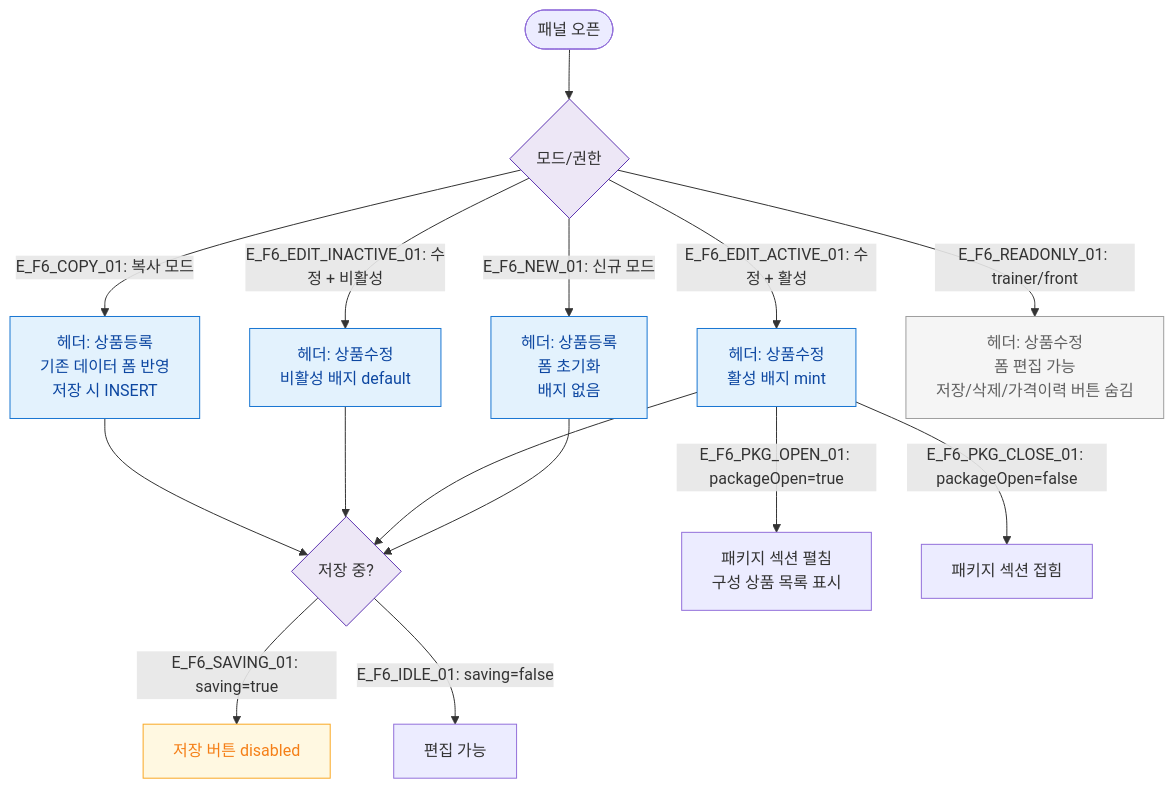
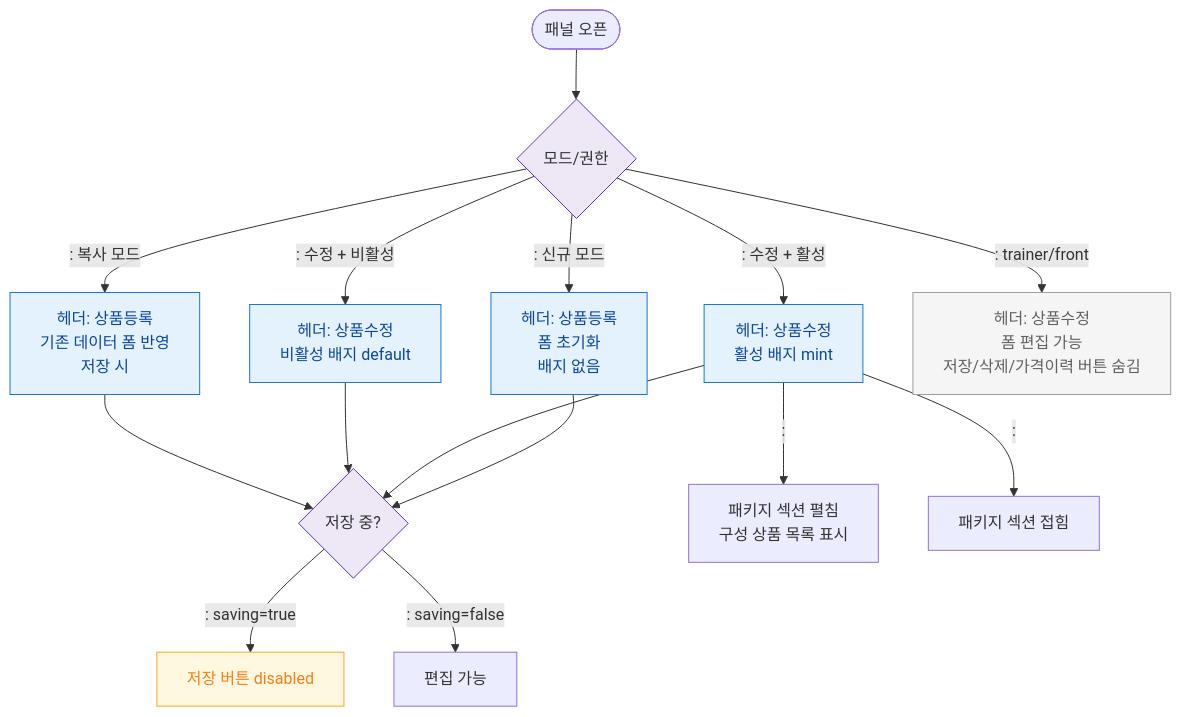
The diagram in docs/다이어그램/D05_상품관리/SCR-P003_상품상세패널/F6_상태별화면.md (dev-spogym/admin-pando), drawn with Mermaid before and after one commit. The commit also changed other lines of this file and 1660 other files, not shown here.

First line of the commit message:
다이어그램: 기획자/클라이언트 납품본으로 정리

````diff
--- a/docs/다이어그램/D05_상품관리/SCR-P003_상품상세패널/F6_상태별화면.md
+++ b/docs/다이어그램/D05_상품관리/SCR-P003_상품상세패널/F6_상태별화면.md
@@ -16,26 +14,26 @@
 ```mermaid
 flowchart TD
     OPEN([패널 오픈]) --> ModeState{모드/권한}
 
-    ModeState -->|"E_F6_NEW_01: 신규 모드"| StateNew[헤더: 상품등록\n폼 초기화\n배지 없음]
-    ModeState -->|"E_F6_EDIT_ACTIVE_01: 수정 + 활성"| StateEditActive[헤더: 상품수정\n활성 배지 mint]
-    ModeState -->|"E_F6_EDIT_INACTIVE_01: 수정 + 비활성"| StateEditInactive[헤더: 상품수정\n비활성 배지 default]
-    ModeState -->|"E_F6_COPY_01: 복사 모드"| StateCopy[헤더: 상품등록\n기존 데이터 폼 반영\n저장 시 INSERT]
-    ModeState -->|"E_F6_READONLY_01: trainer/front"| StateRead[헤더: 상품수정\n폼 편집 가능\n저장/삭제/가격이력 버튼 숨김]
+    ModeState -->|": 신규 모드"|StateNew[헤더: 상품등록\n폼 초기화\n배지 없음]
+    ModeState -->|": 수정 + 활성"|StateEditActive[헤더: 상품수정\n활성 배지 mint]
+    ModeState -->|": 수정 + 비활성"|StateEditInactive[헤더: 상품수정\n비활성 배지 default]
+    ModeState -->|": 복사 모드"|StateCopy[헤더: 상품등록\n기존 데이터 폼 반영\n저장 시]
+    ModeState -->|": trainer/front"|StateRead[헤더: 상품수정\n폼 편집 가능\n저장/삭제/가격이력 버튼 숨김]
 
     StateNew & StateEditActive & StateEditInactive & StateCopy --> Saving{저장 중?}
-    Saving -->|"E_F6_SAVING_01: saving=true"| StateSaving[저장 버튼 disabled]
-    Saving -->|"E_F6_IDLE_01: saving=false"| StateIdle[편집 가능]
+    Saving -->|": saving=true"|StateSaving[저장 버튼 disabled]
+    Saving -->|": saving=false"|StateIdle[편집 가능]
 
-    StateEditActive -->|"E_F6_PKG_OPEN_01: packageOpen=true"| StatePkg[패키지 섹션 펼침\n구성 상품 목록 표시]
-    StateEditActive -->|"E_F6_PKG_CLOSE_01: packageOpen=false"| StateNoPkg[패키지 섹션 접힘]
+    StateEditActive -->|": "|StatePkg[패키지 섹션 펼침\n구성 상품 목록 표시]
+    StateEditActive -->|": "|StateNoPkg[패키지 섹션 접힘]
 
     classDef screen fill:#E3F2FD,stroke:#1976D2,color:#0D47A1
     classDef rbacBlocked fill:#F5F5F5,stroke:#9E9E9E,color:#616161
     classDef warning fill:#FFF8E1,stroke:#F9A825,color:#F57F17
     classDef system fill:#EDE7F6,stroke:#5E35B2
     class StateNew,StateEditActive,StateEditInactive,StateCopy screen
     class StateRead rbacBlocked
     class StateSaving warning
     class ModeState,Saving system
 ```
````
